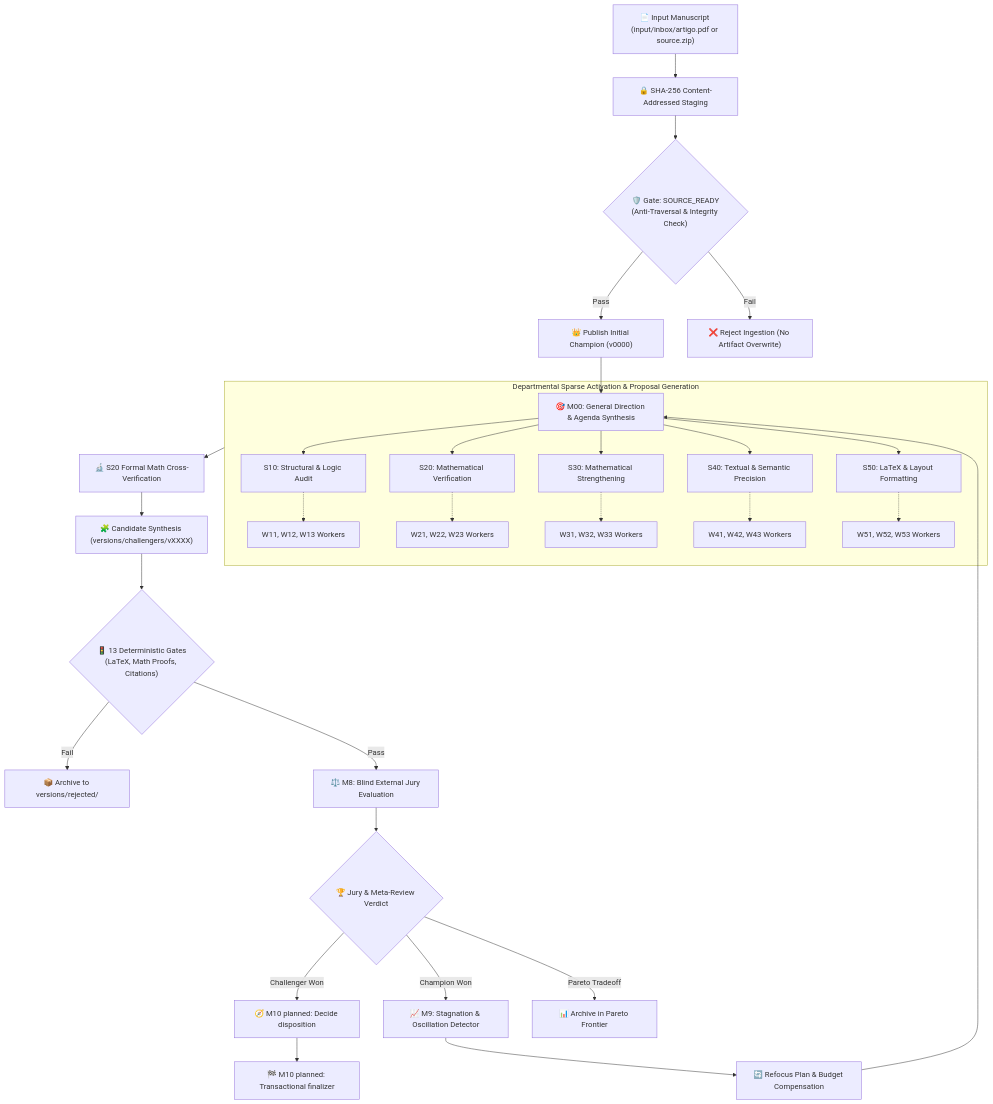
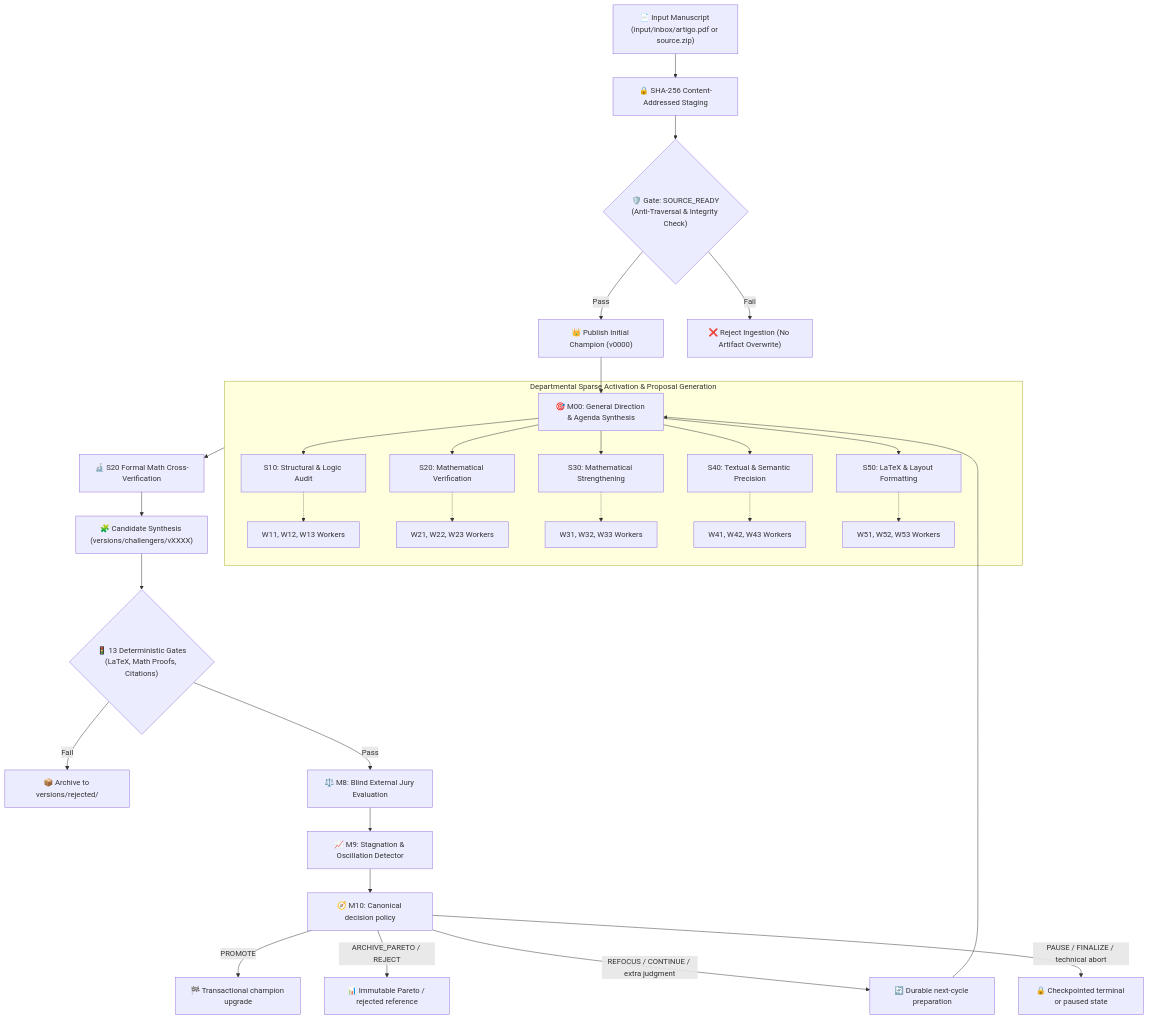
Before and after one commit to Walc21/LOOP-PRIMER: the diagram in README.md, drawn with Mermaid. The commit also changed other lines of this file and 23 other files, not shown here.

Commit message:
feat(m10): add deterministic decision finalizer

````diff
--- a/README.md
+++ b/README.md
@@ -78,40 +80,39 @@
 ```mermaid
 flowchart TD
     A["📄 Input Manuscript (input/inbox/artigo.pdf or source.zip)"] --> B["🔒 SHA-256 Content-Addressed Staging"]
     B --> C{"🛡️ Gate: SOURCE_READY\n(Anti-Traversal & Integrity Check)"}
     
     C -->|Pass| D["👑 Publish Initial Champion (v0000)"]
     C -->|Fail| ERR["❌ Reject Ingestion (No Artifact Overwrite)"]
     
     D --> E["🎯 M00: General Direction & Agenda Synthesis"]
     
     subgraph S_DEP ["Departmental Sparse Activation & Proposal Generation"]
         E --> S10["S10: Structural & Logic Audit"]
         E --> S20["S20: Mathematical Verification"]
         E --> S30["S30: Mathematical Strengthening"]
         E --> S40["S40: Textual & Semantic Precision"]
         E --> S50["S50: LaTeX & Layout Formatting"]
         
         S10 -.-> W_AUD["W11, W12, W13 Workers"]
         S20 -.-> W_VER["W21, W22, W23 Workers"]
         S30 -.-> W_STR["W31, W32, W33 Workers"]
         S40 -.-> W_SEM["W41, W42, W43 Workers"]
         S50 -.-> W_LAT["W51, W52, W53 Workers"]
     end
     
     S_DEP --> F["🔬 S20 Formal Math Cross-Verification"]
     F --> G["🧩 Candidate Synthesis (versions/challengers/vXXXX)"]
     
     G --> H{"🚦 13 Deterministic Gates\n(LaTeX, Math Proofs, Citations)"}
     H -->|Fail| I["📦 Archive to versions/rejected/"]
     H -->|Pass| J["⚖️ M8: Blind External Jury Evaluation"]
     
-    J --> K{"🏆 Jury & Meta-Review Verdict"}
-    K -->|Champion Won| L["📈 M9: Stagnation & Oscillation Detector"]
-    K -->|Challenger Won| M["🧭 M10 planned: Decide disposition"]
-    K -->|Pareto Tradeoff| N["📊 Archive in Pareto Frontier"]
-    
-    L --> O["🔄 Refocus Plan & Budget Compensation"]
+    J --> L["📈 M9: Stagnation & Oscillation Detector"]
+    L --> M["🧭 M10: Canonical decision policy"]
+    M -->|PROMOTE| P["🏁 Transactional champion upgrade"]
+    M -->|ARCHIVE_PARETO / REJECT| N["📊 Immutable Pareto / rejected reference"]
+    M -->|REFOCUS / CONTINUE / extra judgment| O["🔄 Durable next-cycle preparation"]
     O --> E
-    M --> P["🏁 M10 planned: Transactional finalizer"]
+    M -->|PAUSE / FINALIZE / technical abort| Q["🔒 Checkpointed terminal or paused state"]
 ```
````
